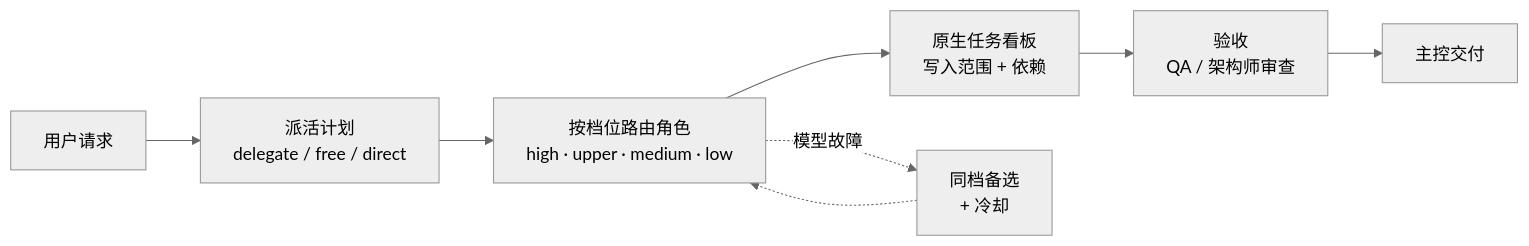
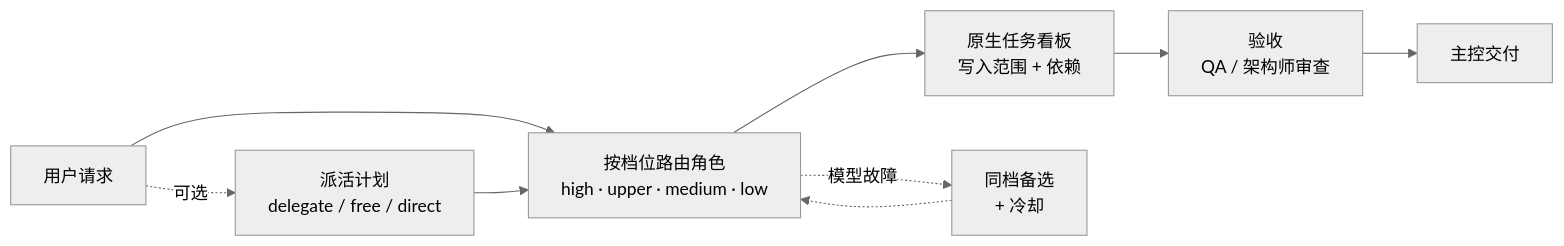
The diagram in README.zh-CN.md (walke2019/dsh-capability-team), drawn with Mermaid (neutral theme) before and after one commit. The commit also changed other lines of this file and 50 other files, not shown here.

````diff
--- a/README.zh-CN.md
+++ b/README.zh-CN.md
@@ -68,10 +68,11 @@
 ```mermaid
 flowchart LR
-  R[用户请求] --> P[派活计划<br/>delegate / free / direct]
-  P --> T[按档位路由角色<br/>high · upper · medium · low]
+  R[用户请求] --> T[按档位路由角色<br/>high · upper · medium · low]
+  R -. 可选 .-> P[派活计划<br/>delegate / free / direct]
+  P --> T
   T --> B[原生任务看板<br/>写入范围 + 依赖]
   B --> V[验收<br/>QA / 架构师审查]
   V --> D[主控交付]
   T -. 模型故障 .-> F[同档备选<br/>+ 冷却]
   F -.-> T
 ```
````
